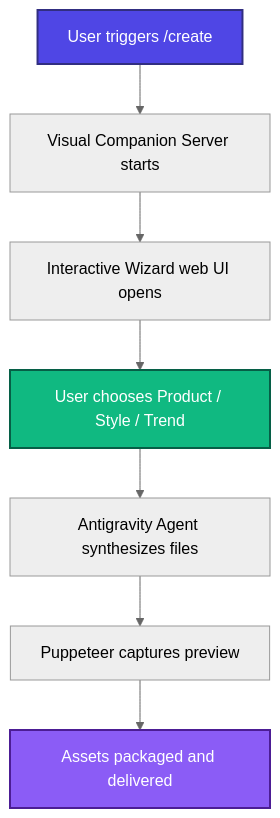
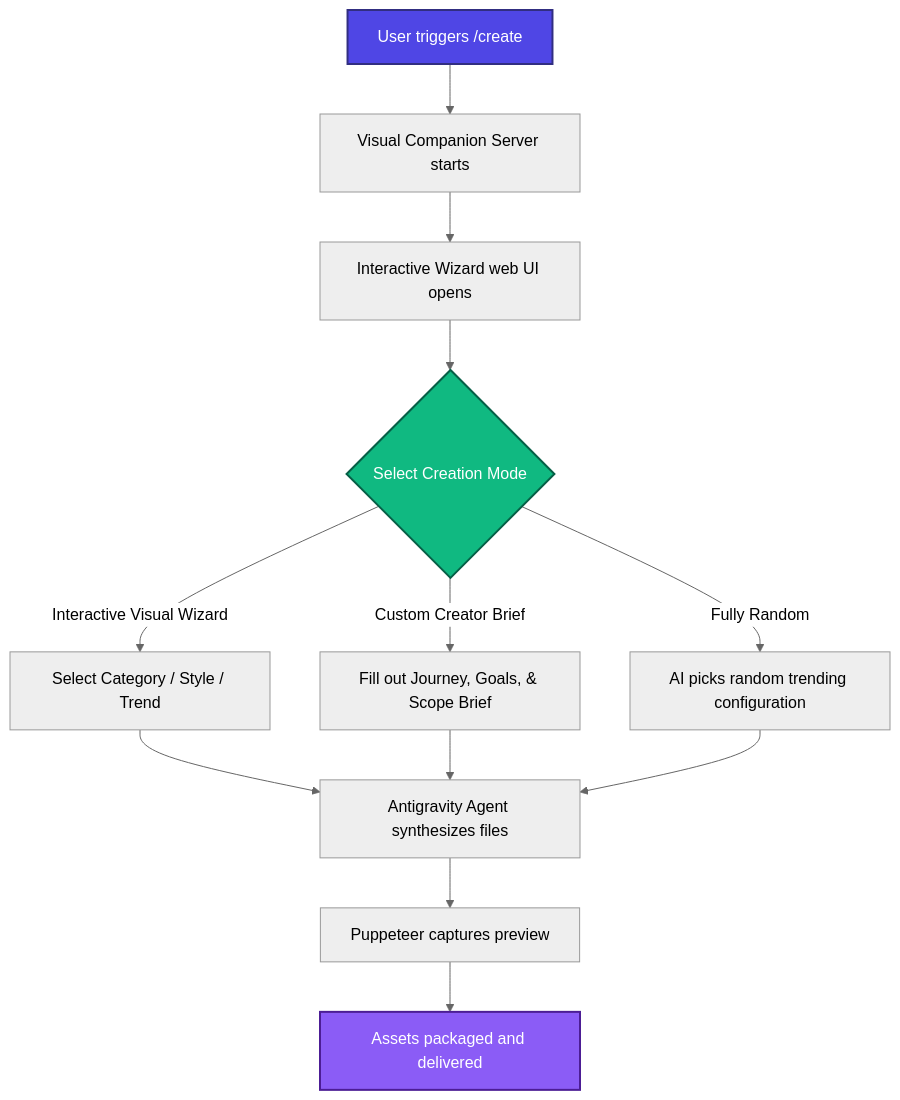
Before and after one commit to freyathenaa/create-skill: the diagram in README.md, drawn with Mermaid (neutral theme). The commit also changed other lines of this file, not shown here.

Commit message:
docs: update README with Custom Creator Brief features and visual workflow chart

````diff
--- a/README.md
+++ b/README.md
@@ -21,13 +21,18 @@
 ```mermaid
 graph TD
     A[User triggers /create] --> B[Visual Companion Server starts]
     B --> C[Interactive Wizard web UI opens]
-    C --> D[User chooses Product / Style / Trend]
-    D --> E[Antigravity Agent synthesizes files]
-    E --> F[Puppeteer captures preview]
-    F --> G[Assets packaged and delivered]
+    C --> D{Select Creation Mode}
+    D -->|Interactive Visual Wizard| E1[Select Category / Style / Trend]
+    D -->|Custom Creator Brief| E2[Fill out Journey, Goals, & Scope Brief]
+    D -->|Fully Random| E3[AI picks random trending configuration]
+    E1 --> F[Antigravity Agent synthesizes files]
+    E2 --> F
+    E3 --> F
+    F --> G[Puppeteer captures preview]
+    G --> H[Assets packaged and delivered]
     
     style A fill:#4F46E5,stroke:#312E81,stroke-width:2px,color:#fff
     style D fill:#10B981,stroke:#065F46,stroke-width:2px,color:#fff
-    style G fill:#8B5CF6,stroke:#4C1D95,stroke-width:2px,color:#fff
+    style H fill:#8B5CF6,stroke:#4C1D95,stroke-width:2px,color:#fff
 ```
````
